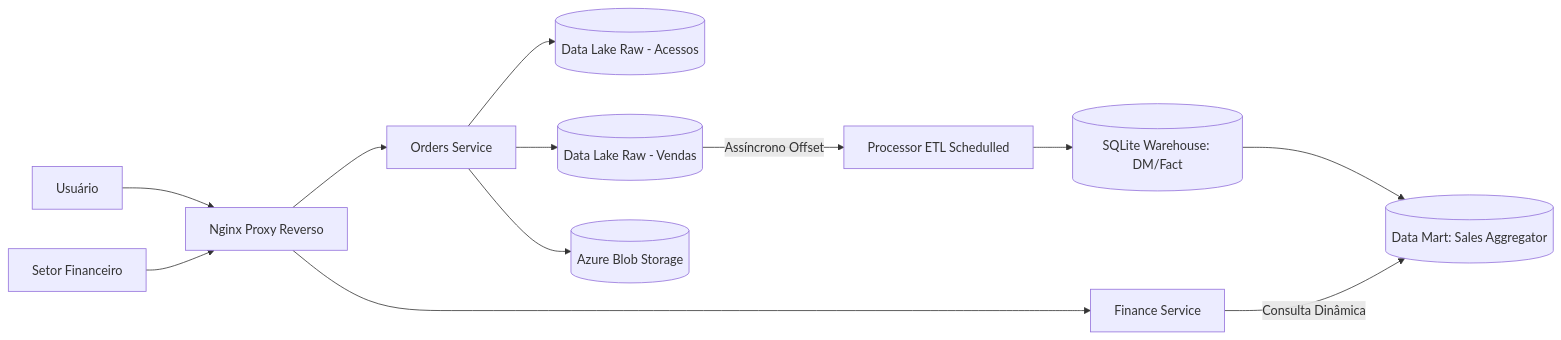
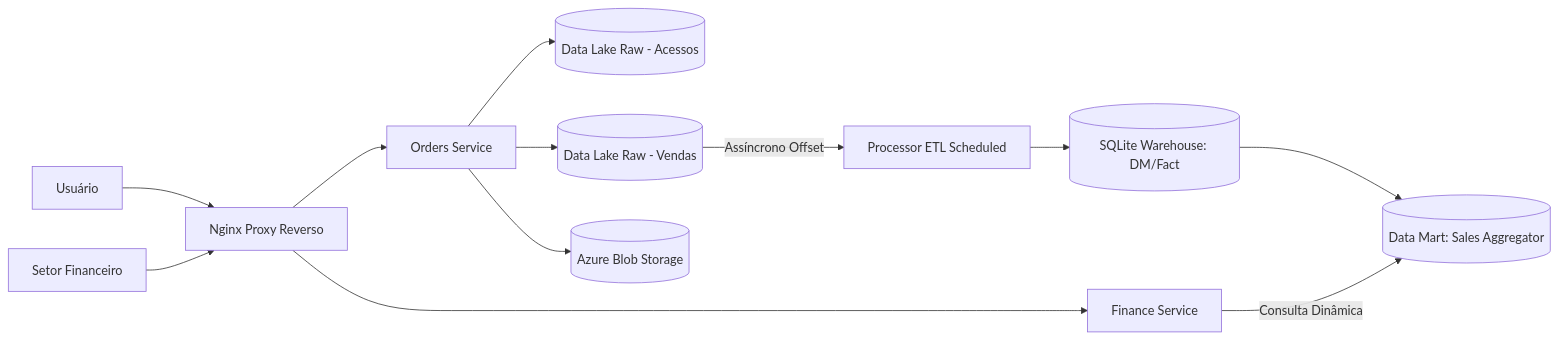
One commit to WillyReis/scale-to-insight changed the diagram in RELATORIO_TECNICO.md. Above: the diagram before and after it, drawn with Mermaid. The commit also changed other lines of this file, not shown here.

````diff
--- a/RELATORIO_TECNICO.md
+++ b/RELATORIO_TECNICO.md
@@ -83,20 +91,20 @@
 ```mermaid
 flowchart LR
     U[Usuário]
     F[Setor Financeiro]
 
     U --> N[Nginx Proxy Reverso]
     F --> N
 
     N --> O[Orders Service]
     N --> FI[Finance Service]
 
     O --> RAWA[(Data Lake Raw - Acessos)]
     O --> RAWS[(Data Lake Raw - Vendas)]
     O --> AZ[(Azure Blob Storage)]
 
-    RAWS -->|Assíncrono Offset| P[Processor ETL Schedulled]
+    RAWS -->|Assíncrono Offset| P[Processor ETL Scheduled]
     P --> DW[(SQLite Warehouse: DM/Fact)]
     DW --> DM[(Data Mart: Sales Aggregator)]
     FI -->|Consulta Dinâmica| DM
 ```
````
